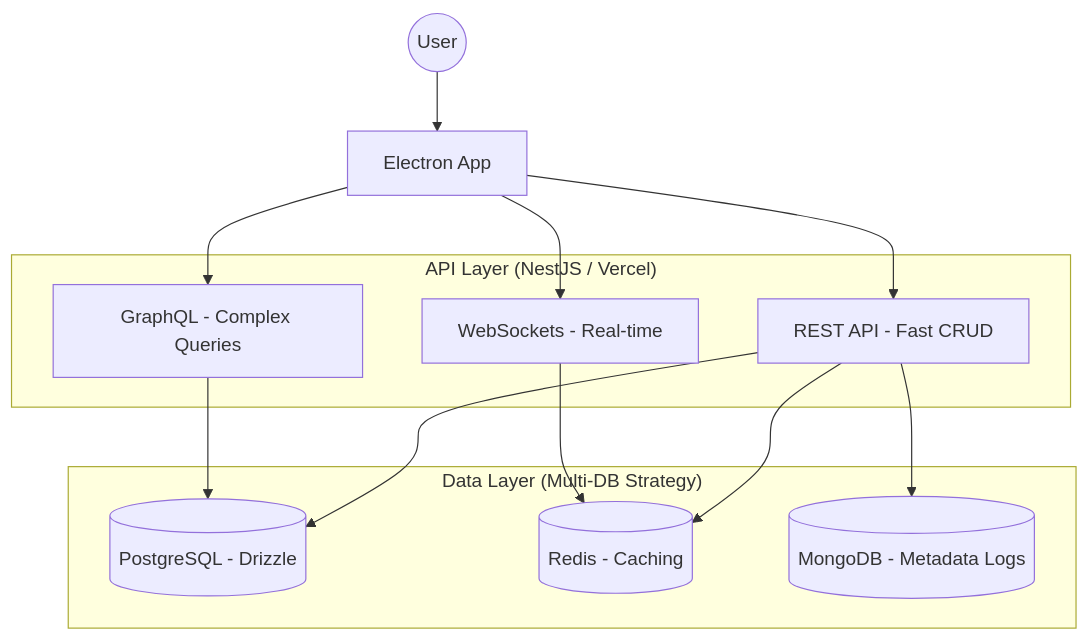
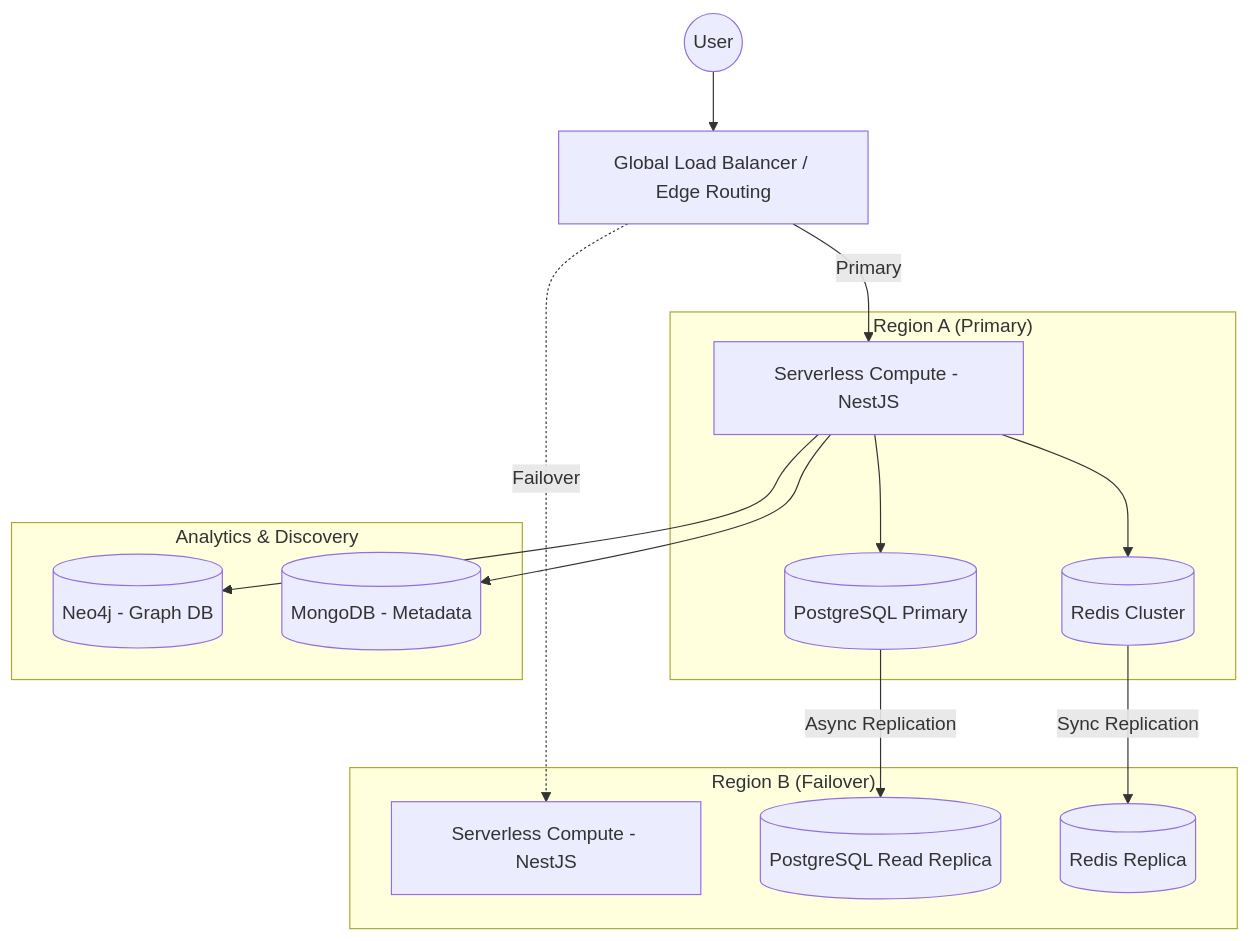
The diagram in ARCHITECTURE.md (cafeverse/CafeVerse), drawn with Mermaid before and after one commit. The commit also changed other lines of this file, not shown here.

First line of the commit message:
docs: add ARCHITECTURE.md with high-reliability multi-paradigm design

````diff
--- a/ARCHITECTURE.md
+++ b/ARCHITECTURE.md
@@ -11,28 +11,34 @@
 ```mermaid
 graph TD
     User((User))
-    Electron[Electron App]
+    DNS[Global Load Balancer / Edge Routing]
 
-    subgraph "API Layer (NestJS / Vercel)"
-        REST[REST API - Fast CRUD]
-        GQL[GraphQL - Complex Queries]
-        WS[WebSockets - Real-time]
+    subgraph "Region A (Primary)"
+        API_A[Serverless Compute - NestJS]
+        PG_Primary[(PostgreSQL Primary)]
+        Redis_A[(Redis Cluster)]
     end
 
-    subgraph "Data Layer (Multi-DB Strategy)"
-        PG[(PostgreSQL - Drizzle)]
-        Redis[(Redis - Caching)]
-        Mongo[(MongoDB - Metadata Logs)]
+    subgraph "Region B (Failover)"
+        API_B[Serverless Compute - NestJS]
+        PG_Replica[(PostgreSQL Read Replica)]
+        Redis_B[(Redis Replica)]
     end
 
-    User --> Electron
-    Electron --> REST
-    Electron --> GQL
-    Electron --> WS
+    subgraph "Analytics & Discovery"
+        Neo4j[(Neo4j - Graph DB)]
+        Mongo[(MongoDB - Metadata)]
+    end
 
-    REST --> PG
-    GQL --> PG
-    REST --> Redis
-    WS --> Redis
-    REST --> Mongo
+    User --> DNS
+    DNS -->|Primary| API_A
+    DNS -.->|Failover| API_B
+
+    API_A --> PG_Primary
+    API_A --> Redis_A
+    API_A --> Neo4j
+    API_A --> Mongo
+
+    PG_Primary -->|Async Replication| PG_Replica
+    Redis_A -->|Sync Replication| Redis_B
 ```
````
